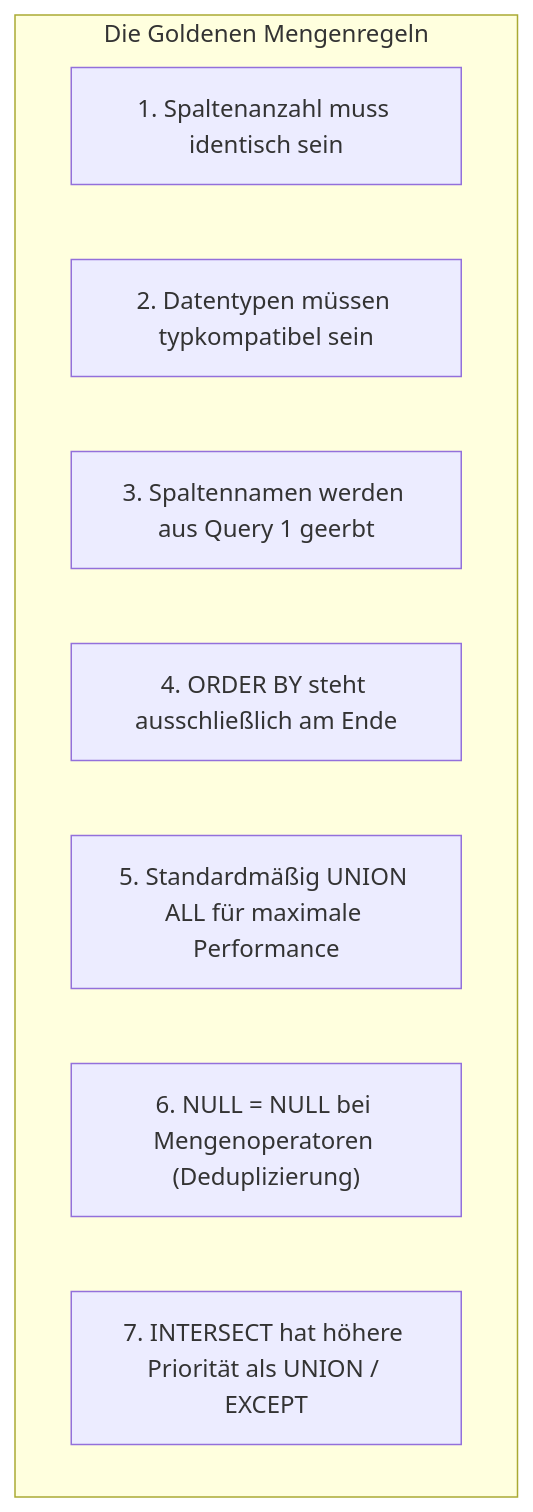
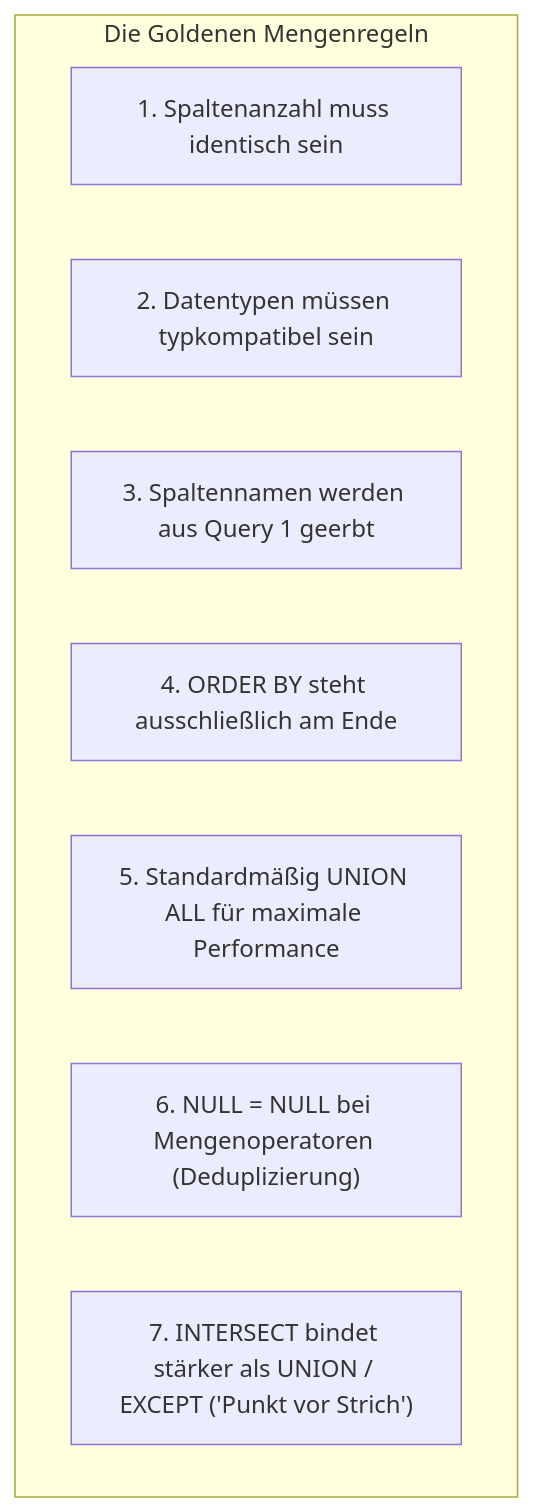
One commit to T-Boyke/SQL-Fundamentals changed the seventh of 7 diagrams in Day_19/readme.md. Above: the diagram before and after it, drawn with Mermaid. The commit also changed other lines of this file and 3 other files, not shown here.

````diff
--- a/Day_19/readme.md
+++ b/Day_19/readme.md
@@ -573,12 +764,12 @@
 ```mermaid
 flowchart TD
     subgraph Rules["Die Goldenen Mengenregeln"]
         M1["1. Spaltenanzahl muss identisch sein"]
         M2["2. Datentypen müssen typkompatibel sein"]
         M3["3. Spaltennamen werden aus Query 1 geerbt"]
         M4["4. ORDER BY steht ausschließlich am Ende"]
         M5["5. Standardmäßig UNION ALL für maximale Performance"]
         M6["6. NULL = NULL bei Mengenoperatoren (Deduplizierung)"]
-        M7["7. INTERSECT hat höhere Priorität als UNION / EXCEPT"]
+        M7["7. INTERSECT bindet stärker als UNION / EXCEPT ('Punkt vor Strich')"]
     end
 ```
````
